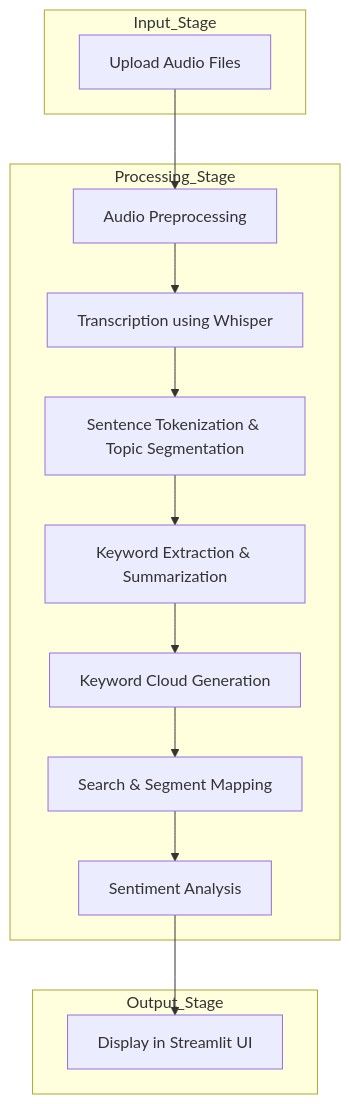
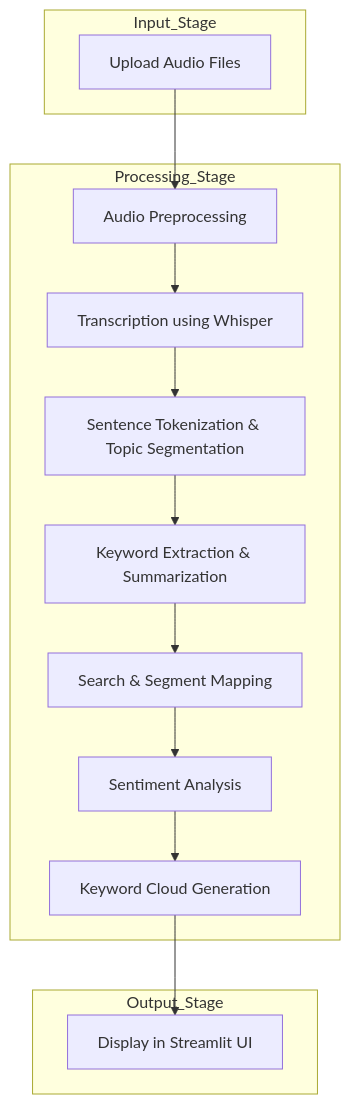
Before and after one commit to Sivashalinimurugesan/Automated-Podcast-Transcription-and-Topic-Segmentation: the diagram in README.md, drawn with Mermaid.

````diff
--- a/README.md
+++ b/README.md
@@ -102,27 +102,27 @@
 ```mermaid
 flowchart TD
     %% Input Stage
     subgraph Input_Stage
         A[Upload Audio Files]
     end
 
     %% Processing Stage
     subgraph Processing_Stage
         B[Audio Preprocessing]
         C[Transcription using Whisper]
         D[Sentence Tokenization & Topic Segmentation]
         E[Keyword Extraction & Summarization]
-        K[Keyword Cloud Generation]
         F[Search & Segment Mapping]
         H[Sentiment Analysis]
+        K[Keyword Cloud Generation]
        
     end
 
     %% Output Stage
     subgraph Output_Stage
         G[Display in Streamlit UI]
     end
 
     %% Connections
-    A --> B --> C --> D --> E --> K --> F --> H --> G 
+    A --> B --> C --> D --> E  --> F --> H --> K --> G
 ```
````
